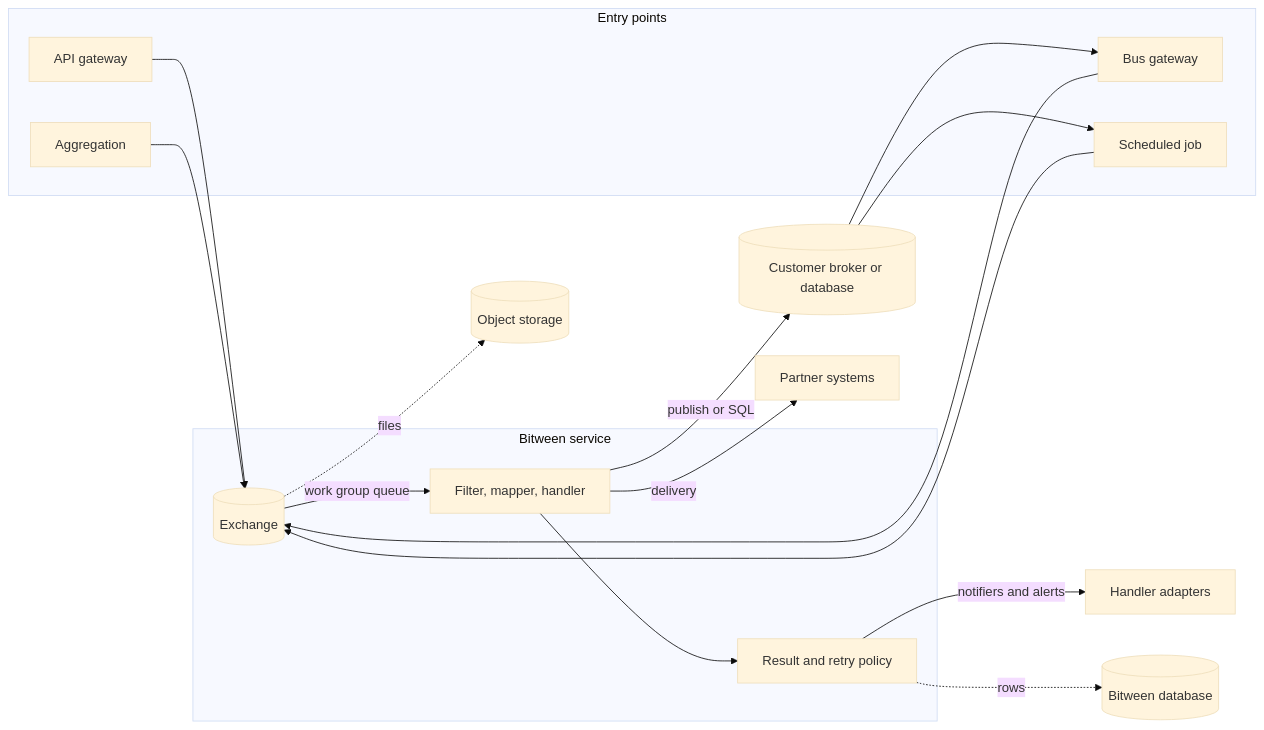
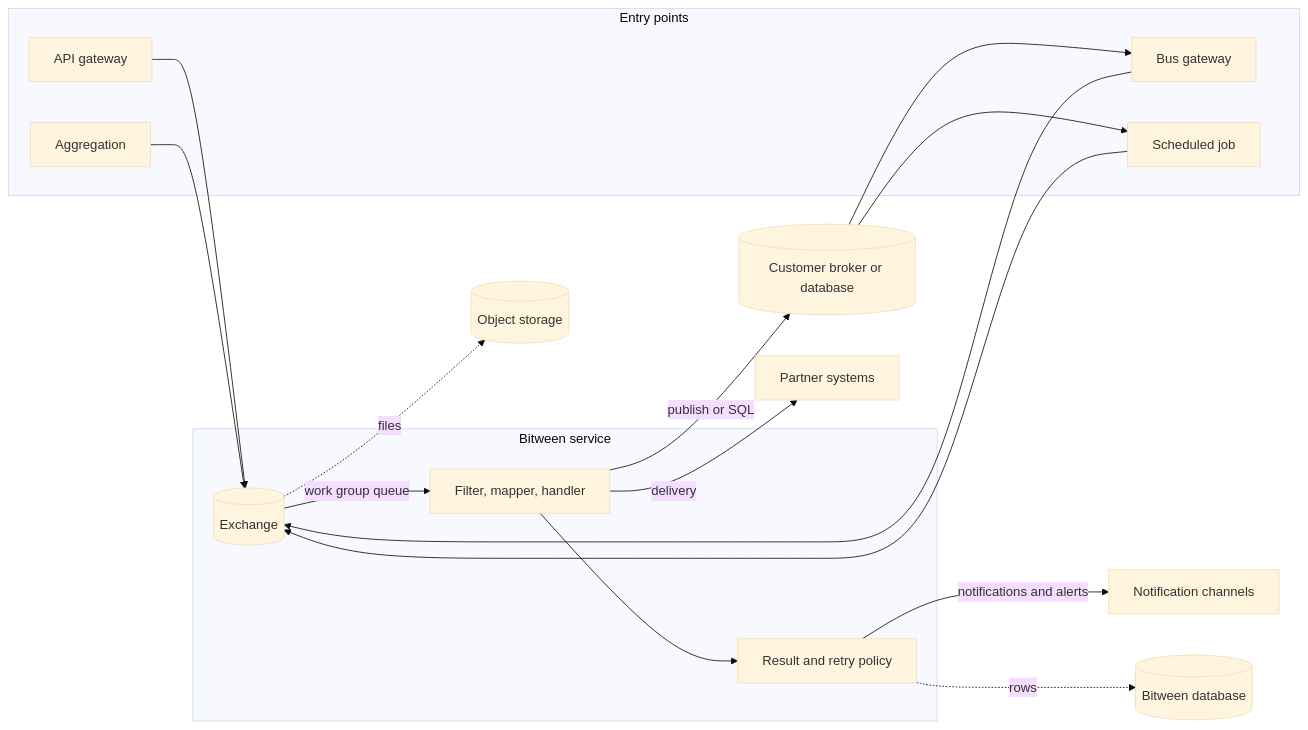
One commit to simplify9/Bitween-api changed the diagram in README.md. Above: the diagram before and after it, drawn with Mermaid (base theme). The commit also changed other lines of this file and 13 other files, not shown here.

Commit message:
Document notification channels

````diff
--- a/README.md
+++ b/README.md
@@ -21,27 +21,27 @@
 ```mermaid
 flowchart LR
   subgraph In[Entry points]
     GW[API gateway]
     BUS[Bus gateway]
     JOB[Scheduled job]
     AGG[Aggregation]
   end
   subgraph Core[Bitween service]
     X[(Exchange)]
     P[Filter, mapper, handler]
     R[Result and retry policy]
   end
   EXT[(Customer broker or database)]
   EXT --> BUS
   EXT --> JOB
   GW --> X
   BUS --> X
   JOB --> X
   AGG --> X
   X -->|work group queue| P --> R
   P -->|delivery| OUT[Partner systems]
   P -->|publish or SQL| EXT
-  R -->|notifiers and alerts| N[Handler adapters]
+  R -->|notifications and alerts| N[Notification channels]
   X -. files .-> S[(Object storage)]
   R -. rows .-> DB[(Bitween database)]
 ```
````
